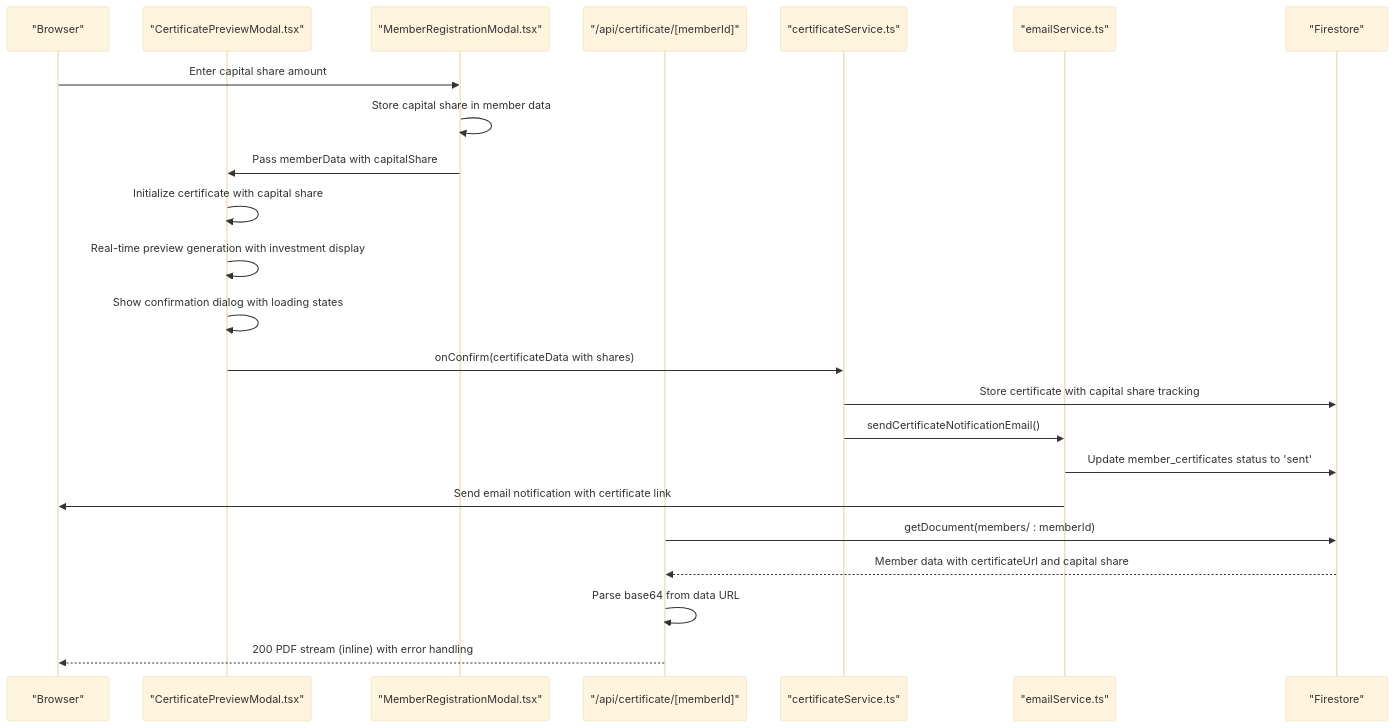
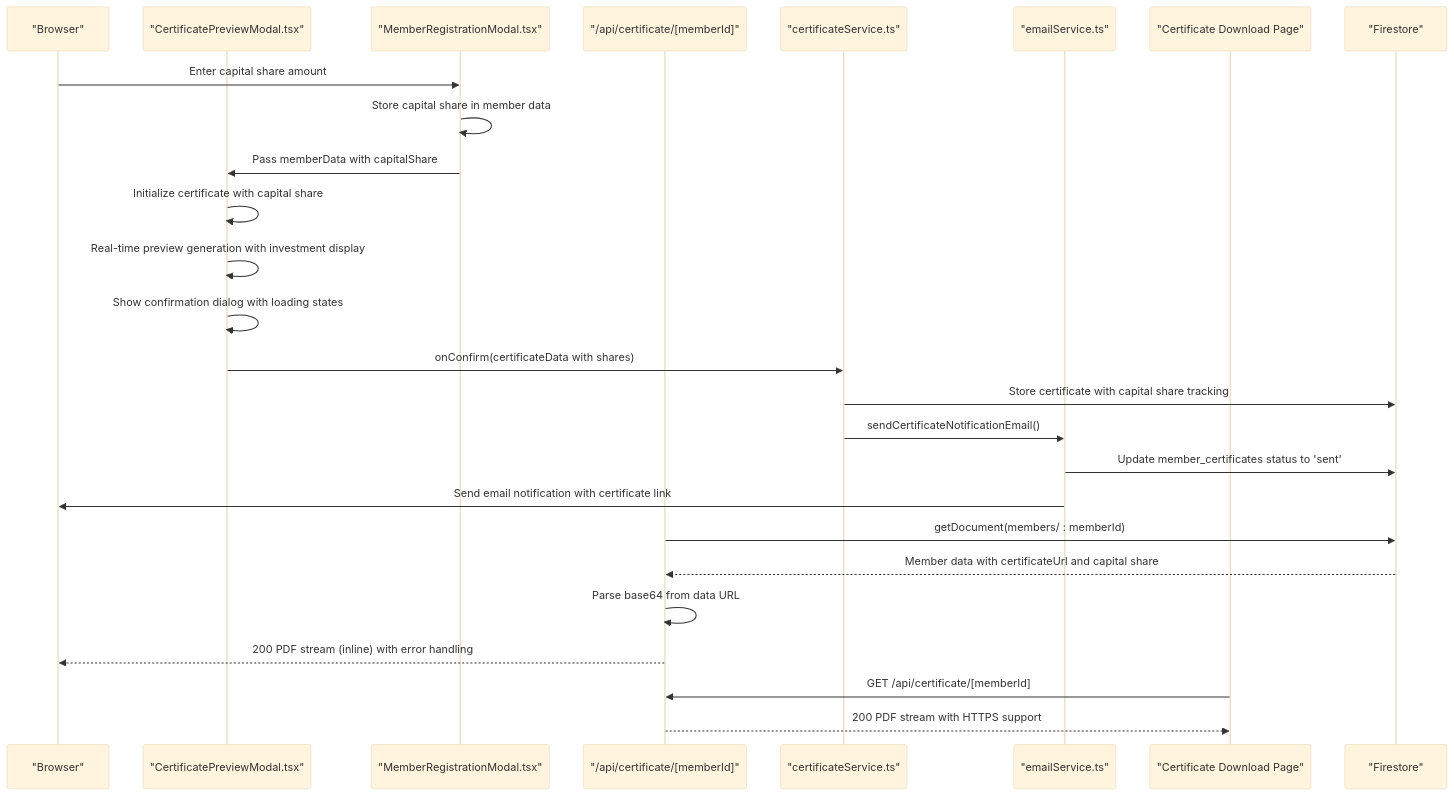
Before and after one commit to Unsure-bry/sampacoop_system: the second of 7 diagrams in .qoder/repowiki/en/content/Email & Notification System/Certificate Generation System.md, drawn with Mermaid (base theme). The commit also changed other lines of this file and 11 other files, not shown here.

````diff
--- a/.qoder/repowiki/en/content/Email & Notification System/Certificate Generation System.md
+++ b/.qoder/repowiki/en/content/Email & Notification System/Certificate Generation System.md
@@ -177,25 +188,28 @@
 ```mermaid
 sequenceDiagram
 participant Client as "Browser"
 participant Preview as "CertificatePreviewModal.tsx"
 participant Registration as "MemberRegistrationModal.tsx"
 participant API as "/api/certificate/[memberId]"
 participant Service as "certificateService.ts"
 participant Email as "emailService.ts"
+participant DownloadPage as "Certificate Download Page"
 participant FS as "Firestore"
 Client->>Registration : Enter capital share amount
 Registration->>Registration : Store capital share in member data
 Registration->>Preview : Pass memberData with capitalShare
 Preview->>Preview : Initialize certificate with capital share
 Preview->>Preview : Real-time preview generation with investment display
 Preview->>Preview : Show confirmation dialog with loading states
 Preview->>Service : onConfirm(certificateData with shares)
 Service->>FS : Store certificate with capital share tracking
 Service->>Email : sendCertificateNotificationEmail()
 Email->>FS : Update member_certificates status to 'sent'
 Email->>Client : Send email notification with certificate link
 API->>FS : getDocument(members/ : memberId)
 FS-->>API : Member data with certificateUrl and capital share
 API->>API : Parse base64 from data URL
 API-->>Client : 200 PDF stream (inline) with error handling
+DownloadPage->>API : GET /api/certificate/[memberId]
+API-->>DownloadPage : 200 PDF stream with HTTPS support
 ```
````
